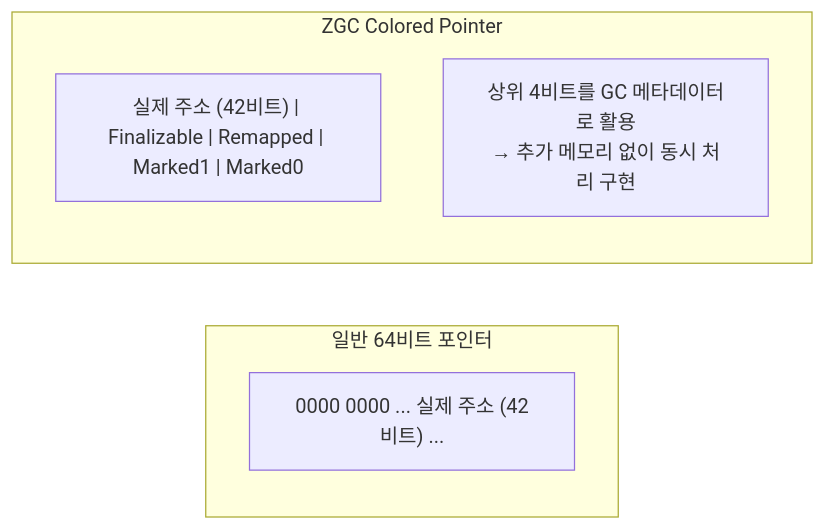
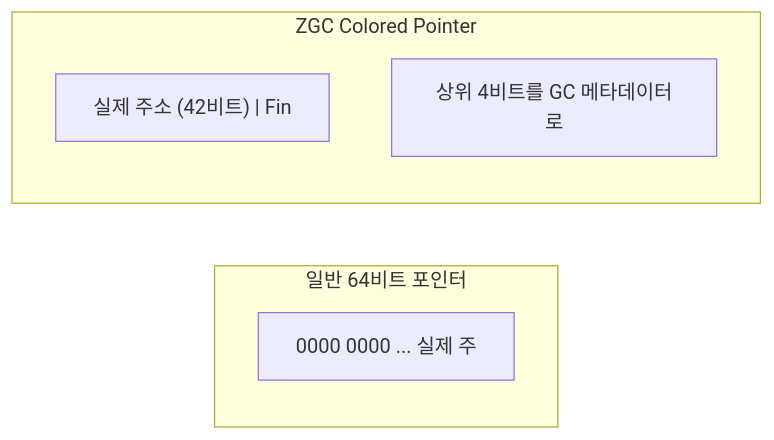
One commit to yjkim2015/yjkim2015.github.io changed diagram 17 of 29 in _posts/java/2026-05-01-java-garbage-collector.md. Above: the diagram before and after it, drawn with Mermaid. The commit also changed other lines of this file and 271 other files, not shown here.

First line of the commit message:
Mermaid 라벨 축소: 긴 노드 텍스트 18자 이하로 트림 + \n 제거

````diff
--- a/_posts/java/2026-05-01-java-garbage-collector.md
+++ b/_posts/java/2026-05-01-java-garbage-collector.md
@@ -363,10 +363,10 @@
 ```mermaid
 graph LR
     subgraph "일반 64비트 포인터"
-        P1["0000 0000 ... 실제 주소 (42비트) ..."]
+        P1["0000 0000 ... 실제 주"]
     end
     subgraph "ZGC Colored Pointer"
-        P2["실제 주소 (42비트) | Finalizable | Remapped | Marked1 | Marked0"]
-        META["상위 4비트를 GC 메타데이터로 활용\n→ 추가 메모리 없이 동시 처리 구현"]
+        P2["실제 주소 (42비트) | Fin"]
+        META["상위 4비트를 GC 메타데이터로"]
     end
 ```
````
